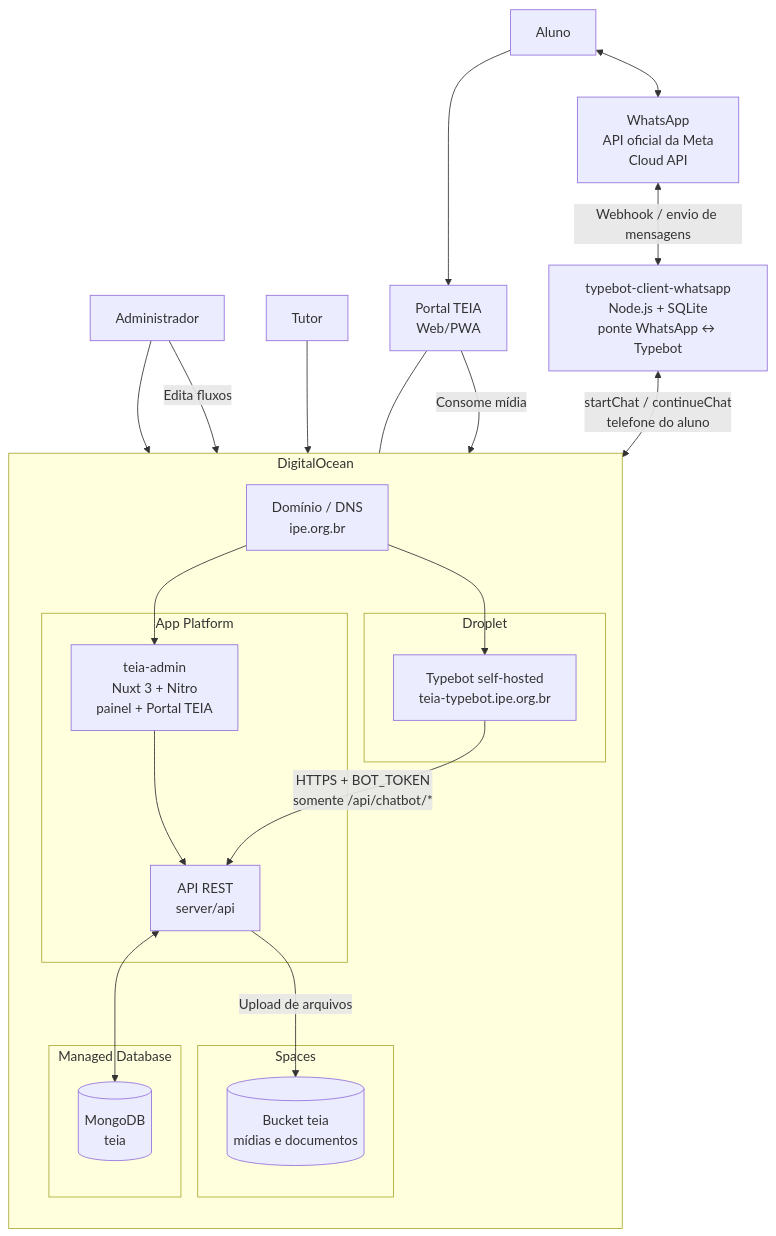
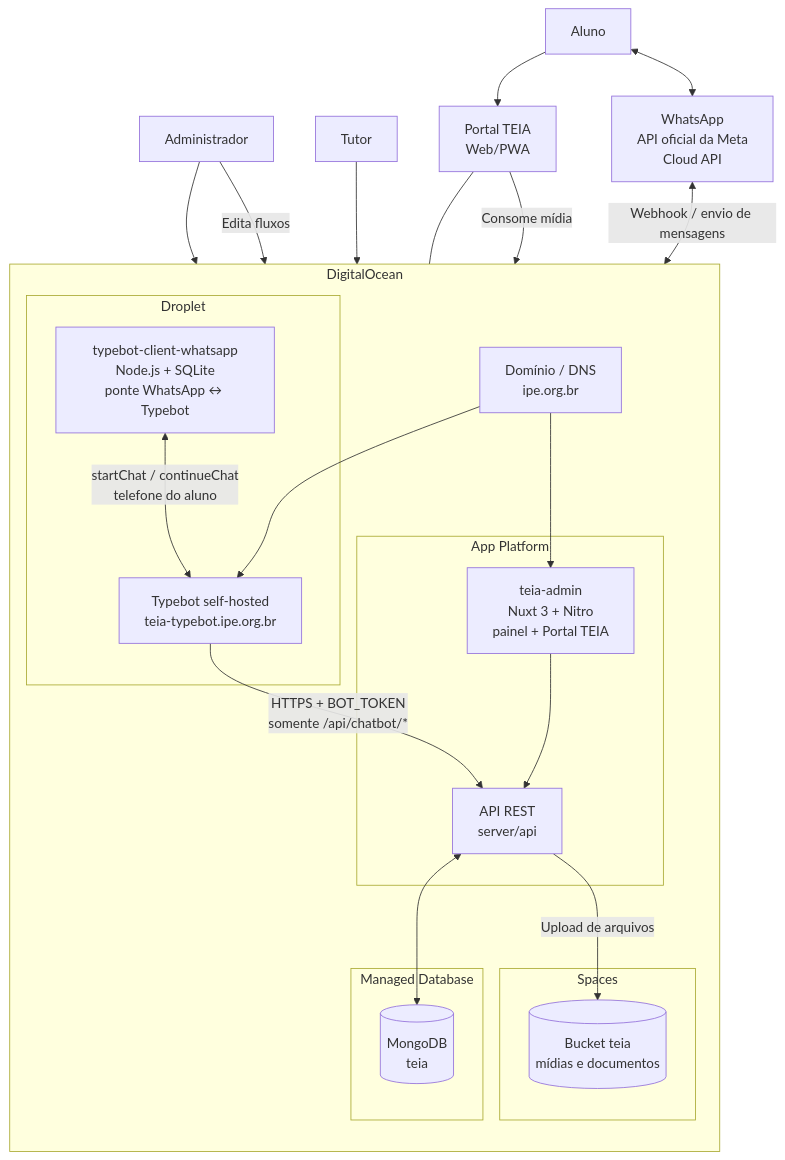
One commit to devsdoprojetoteia/teia-admin changed the first of 2 diagrams in docs/arquitetura_aplicacao.md. Above: the diagram before and after it, drawn with Mermaid. The commit also changed other lines of this file, not shown here.

Commit message:
Indica na documentação de arquitetura que o typebot-client-whatsapp roda no mesmo Droplet do Typebot.

````diff
--- a/docs/arquitetura_aplicacao.md
+++ b/docs/arquitetura_aplicacao.md
@@ -14,59 +14,59 @@
 ```mermaid
 flowchart TB
   %% Atores
   Staff[Administrador]
   Tutor[Tutor]
   Student[Aluno]
 
   %% Canais
   WhatsApp[WhatsApp<br/>API oficial da Meta<br/>Cloud API]
   Portal[Portal TEIA<br/>Web/PWA]
-  Client[typebot-client-whatsapp<br/>Node.js + SQLite<br/>ponte WhatsApp ↔ Typebot]
 
   %% DigitalOcean
   subgraph DO[DigitalOcean]
     direction TB
 
     subgraph AppPlatform[App Platform]
       AdminApp[teia-admin<br/>Nuxt 3 + Nitro<br/>painel + Portal TEIA]
       ApiRoutes[API REST<br/>server/api]
       AdminApp --> ApiRoutes
     end
 
     subgraph DB[Managed Database]
       Mongo[(MongoDB<br/>teia)]
     end
 
     subgraph ObjectStorage[Spaces]
       Spaces[(Bucket teia<br/>mídias e documentos)]
     end
 
     subgraph Compute[Droplet]
+      Client[typebot-client-whatsapp<br/>Node.js + SQLite<br/>ponte WhatsApp ↔ Typebot]
       Typebot[Typebot self-hosted<br/>teia-typebot.ipe.org.br]
     end
 
     Domain[Domínio / DNS<br/>ipe.org.br]
   end
 
   %% Acesso de usuários
   Staff --> AdminApp
   Tutor --> AdminApp
   Staff -->|Edita fluxos| Typebot
   Student --> Portal
   Portal --- AdminApp
 
   %% Fluxo do chatbot
   Student <--> WhatsApp
   WhatsApp <-->|Webhook / envio de mensagens| Client
   Client <-->|startChat / continueChat<br/>telefone do aluno| Typebot
   Typebot -->|HTTPS + BOT_TOKEN<br/>somente /api/chatbot/*| ApiRoutes
 
   %% Persistência
   ApiRoutes <--> Mongo
   ApiRoutes -->|Upload de arquivos| Spaces
   Portal -->|Consome mídia| Spaces
 
   %% Roteamento
   Domain --> AdminApp
   Domain --> Typebot
 ```
````
